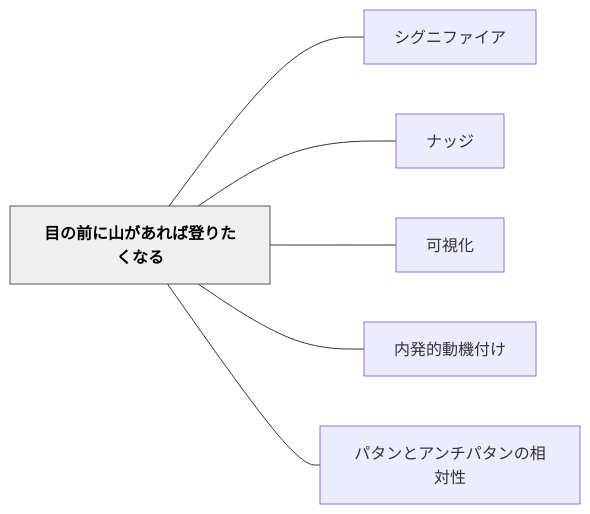
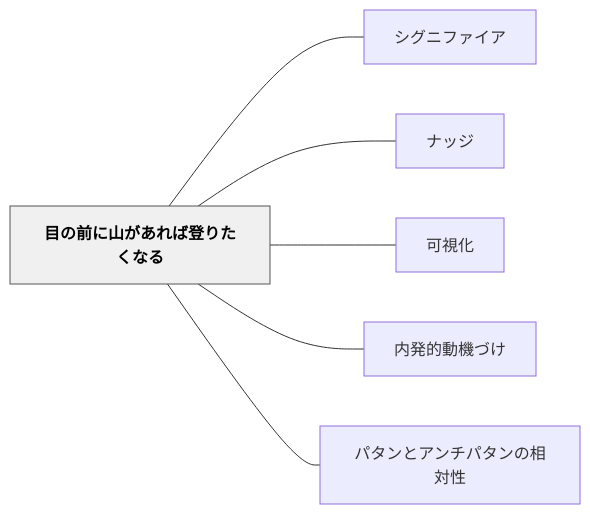
The diagram in content/パタン/目の前に山があれば登りたくなる.md (unknownthings-ed-patterns/unknownthings-ed-patterns), drawn with Mermaid before and after one commit. The commit also changed other lines of this file and 234 other files, not shown here.

````diff
--- a/content/パタン/目の前に山があれば登りたくなる.md
+++ b/content/パタン/目の前に山があれば登りたくなる.md
@@ -103,18 +103,18 @@
 ```mermaid
 flowchart LR
     ne79baee381aee5898de381abe5b1b1e3818ce38182e3828ce381b0e799bbe3828ae3819fe3818fe381aae3828b["目の前に山があれば登りたくなる"]
     ne382b7e382b0e3838be38395e382a1e382a4e382a2["シグニファイア"]
     ne3838ae38383e382b8["ナッジ"]
     ne58fafe8a696e58c96["可視化"]
-    ne58685e799bae79a84e58b95e6a99fe4bb98e38191["内発的動機付け"]
+    ne58685e799bae79a84e58b95e6a99fe381a5e38191["内発的動機づけ"]
     ne38391e382bfe383b3e381a8e382a2e383b3e38381e38391e382bfe383b3e381aee79bb8e5afbee680a7["パタンとアンチパタンの相対性"]
 
     ne79baee381aee5898de381abe5b1b1e3818ce38182e3828ce381b0e799bbe3828ae3819fe3818fe381aae3828b --- ne382b7e382b0e3838be38395e382a1e382a4e382a2
     ne79baee381aee5898de381abe5b1b1e3818ce38182e3828ce381b0e799bbe3828ae3819fe3818fe381aae3828b --- ne3838ae38383e382b8
     ne79baee381aee5898de381abe5b1b1e3818ce38182e3828ce381b0e799bbe3828ae3819fe3818fe381aae3828b --- ne58fafe8a696e58c96
-    ne79baee381aee5898de381abe5b1b1e3818ce38182e3828ce381b0e799bbe3828ae3819fe3818fe381aae3828b --- ne58685e799bae79a84e58b95e6a99fe4bb98e38191
+    ne79baee381aee5898de381abe5b1b1e3818ce38182e3828ce381b0e799bbe3828ae3819fe3818fe381aae3828b --- ne58685e799bae79a84e58b95e6a99fe381a5e38191
     ne79baee381aee5898de381abe5b1b1e3818ce38182e3828ce381b0e799bbe3828ae3819fe3818fe381aae3828b --- ne38391e382bfe383b3e381a8e382a2e383b3e38381e38391e382bfe383b3e381aee79bb8e5afbee680a7
 
     classDef hub fill:#f0f0f0,stroke:#555,color:#000,font-weight:bold
     class ne79baee381aee5898de381abe5b1b1e3818ce38182e3828ce381b0e799bbe3828ae3819fe3818fe381aae3828b hub
 ```
````
